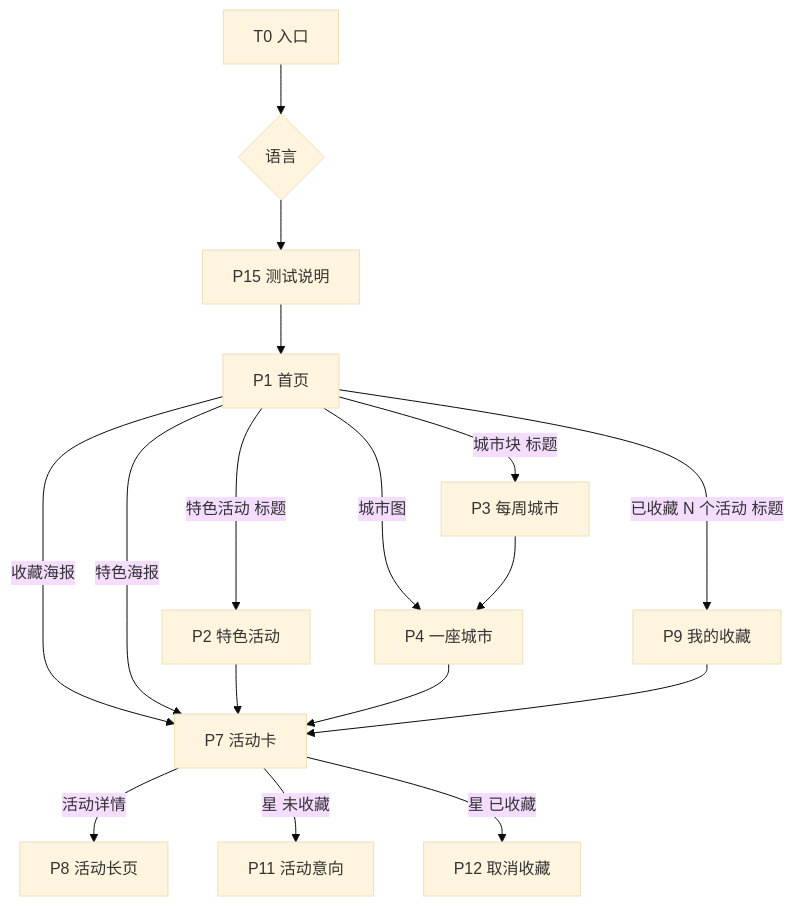
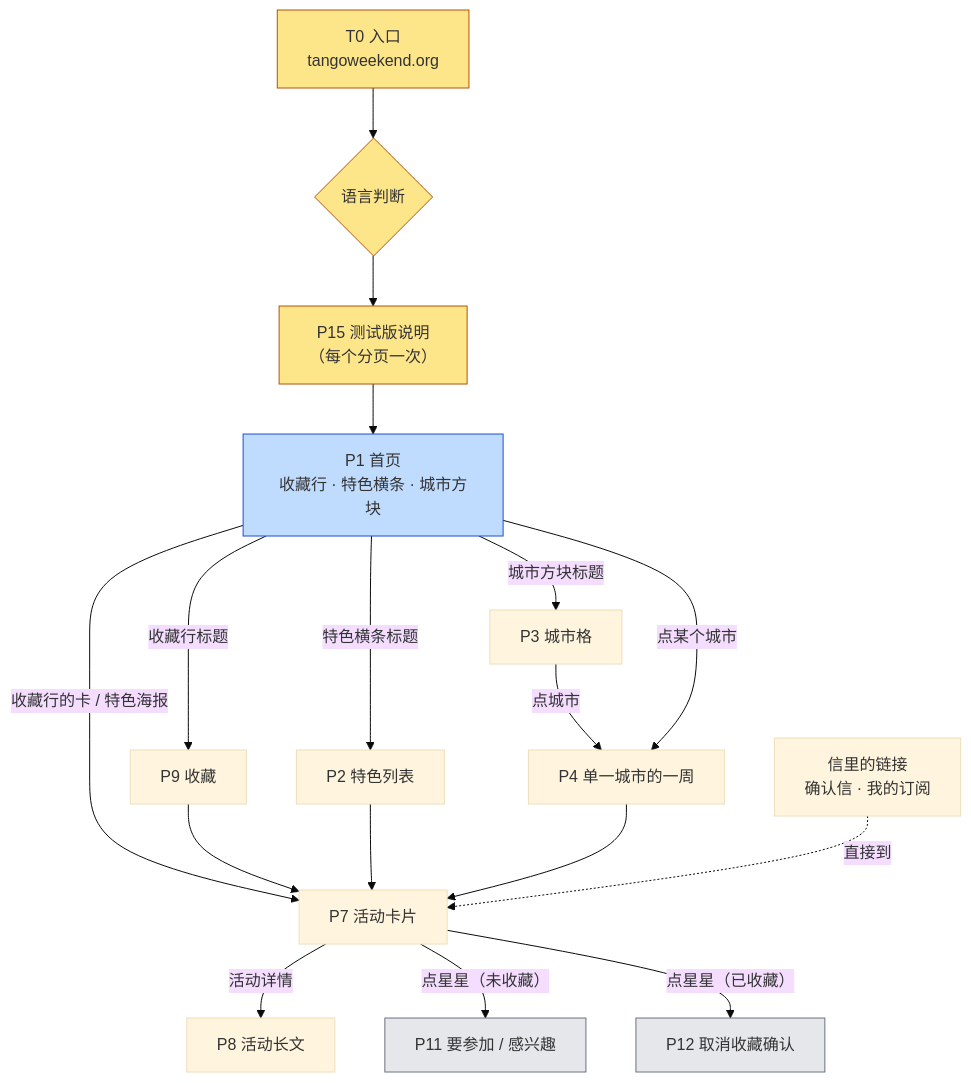
One commit to Shiao64/my1 changed the first of 2 diagrams in docs/atm-navigation-interaction-spec.md. Above: the diagram before and after it, drawn with Mermaid (base theme). The commit also changed other lines of this file and 1 other file, not shown here.

Commit message:
Add the top-down navigation diagram to the spec.
The flow image and the mermaid source now match, and the line under the image points at the return-rules section.

````diff
--- a/docs/atm-navigation-interaction-spec.md
+++ b/docs/atm-navigation-interaction-spec.md
@@ -165,19 +169,23 @@
 ```mermaid
-flowchart TD
-  T0["T0 入口"] --> lang{"语言"}
-  lang --> P15["P15 测试说明"]
-  P15 --> P1["P1 首页"]
-  P1 -->|"已收藏 N 个活动 标题"| P9["P9 我的收藏"]
-  P1 -->|"收藏海报"| P7["P7 活动卡"]
-  P1 -->|"特色活动 标题"| P2["P2 特色活动"]
-  P1 -->|"特色海报"| P7
-  P1 -->|"城市块 标题"| P3["P3 每周城市"]
-  P1 -->|"城市图"| P4["P4 一座城市"]
-  P3 --> P4
+flowchart TB
+  T0["T0 入口<br/>tangoweekend.org"] --> L{"语言判断"}
+  L --> N["P15 测试版说明<br/>（每个分页一次）"]
+  N --> P1["P1 首页<br/>收藏行 · 特色横条 · 城市方块"]
+  P1 -->|收藏行标题| P9["P9 收藏"]
+  P1 -->|特色横条标题| P2["P2 特色列表"]
+  P1 -->|城市方块标题| P3["P3 城市格"]
+  P3 -->|点城市| P4["P4 单一城市的一周"]
+  P1 -->|点某个城市| P4
+  P1 -->|收藏行的卡 / 特色海报| P7
+  P9 --> P7["P7 活动卡片"]
   P2 --> P7
   P4 --> P7
-  P9 --> P7
-  P7 -->|"活动详情"| P8["P8 活动长页"]
-  P7 -->|"星 未收藏"| P11["P11 活动意向"]
-  P7 -->|"星 已收藏"| P12["P12 取消收藏"]
+  P7 -->|活动详情| P8["P8 活动长文"]
+  P7 -->|点星星（未收藏）| P11["P11 要参加 / 感兴趣"]
+  P7 -->|点星星（已收藏）| P12["P12 取消收藏确认"]
+  M["信里的链接<br/>确认信 · 我的订阅"] -.->|直接到| P7
+  classDef entry fill:#fde68a,stroke:#b45309;
+  classDef home fill:#bfdbfe,stroke:#1d4ed8;
+  classDef sheet fill:#e5e7eb,stroke:#6b7280;
+  class T0,L,N entry; class P1 home; class P11,P12 sheet;
 ```
````
